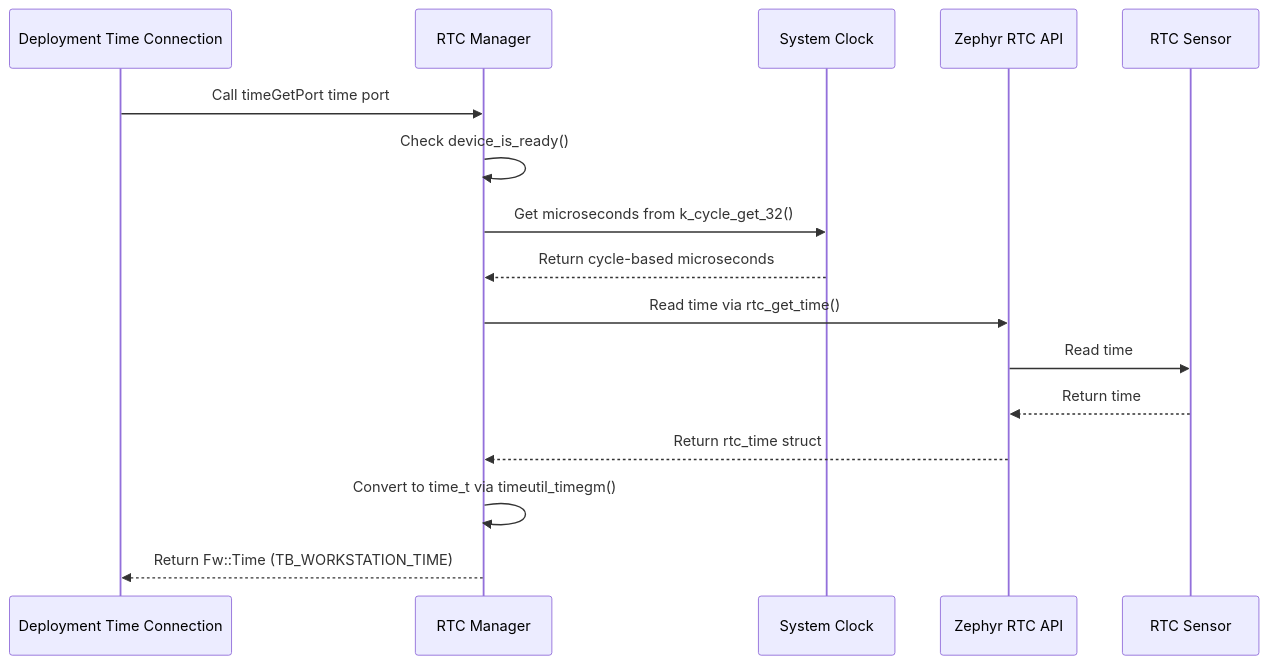
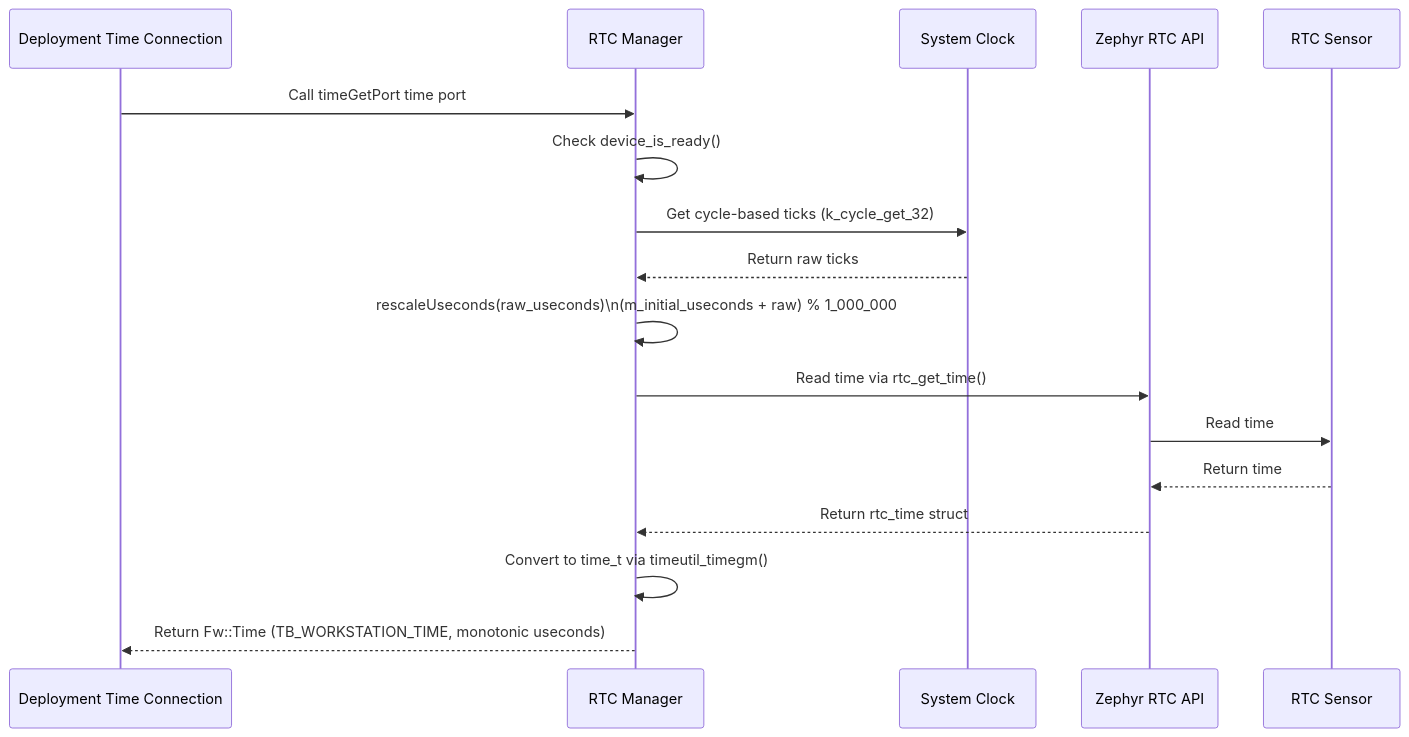
The second of 7 diagrams in FprimeZephyrReference/Components/Drv/RtcManager/docs/sdd.md (Open-Source-Space-Foundation/proves-core-reference), drawn with Mermaid before and after one commit. The commit also changed other lines of this file and 14 other files, not shown here.

````diff
--- a/FprimeZephyrReference/Components/Drv/RtcManager/docs/sdd.md
+++ b/FprimeZephyrReference/Components/Drv/RtcManager/docs/sdd.md
@@ -97,18 +123,20 @@
 ```mermaid
 sequenceDiagram
     participant Deployment Time Connection
     participant RTC Manager
     participant System Clock
     participant Zephyr RTC API
     participant RTC Sensor
+
     Deployment Time Connection->>RTC Manager: Call timeGetPort time port
     RTC Manager->>RTC Manager: Check device_is_ready()
-    RTC Manager->>System Clock: Get microseconds from k_cycle_get_32()
-    System Clock-->>RTC Manager: Return cycle-based microseconds
+    RTC Manager->>System Clock: Get cycle-based ticks (k_cycle_get_32)
+    System Clock-->>RTC Manager: Return raw ticks
+    RTC Manager->>RTC Manager: rescaleUseconds(raw_useconds)\n(m_initial_useconds + raw) % 1_000_000
     RTC Manager->>Zephyr RTC API: Read time via rtc_get_time()
     Zephyr RTC API->>RTC Sensor: Read time
     RTC Sensor-->>Zephyr RTC API: Return time
     Zephyr RTC API-->>RTC Manager: Return rtc_time struct
     RTC Manager->>RTC Manager: Convert to time_t via timeutil_timegm()
-    RTC Manager-->>Deployment Time Connection: Return Fw::Time (TB_WORKSTATION_TIME)
+    RTC Manager-->>Deployment Time Connection: Return Fw::Time (TB_WORKSTATION_TIME, monotonic useconds)
 ```
````
